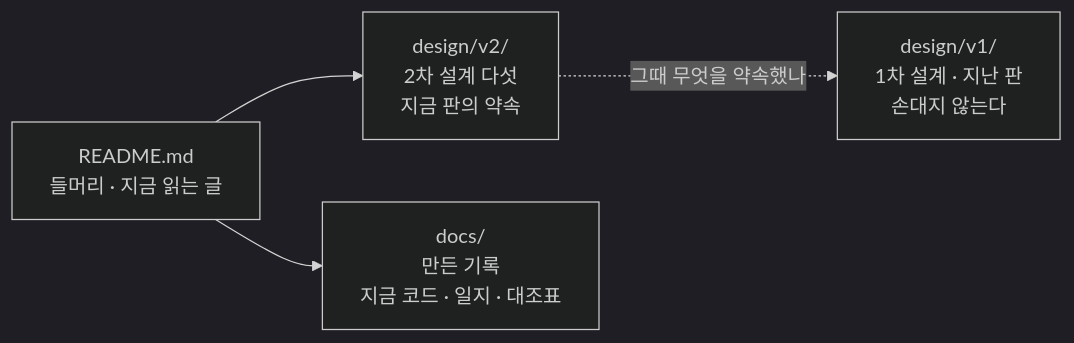
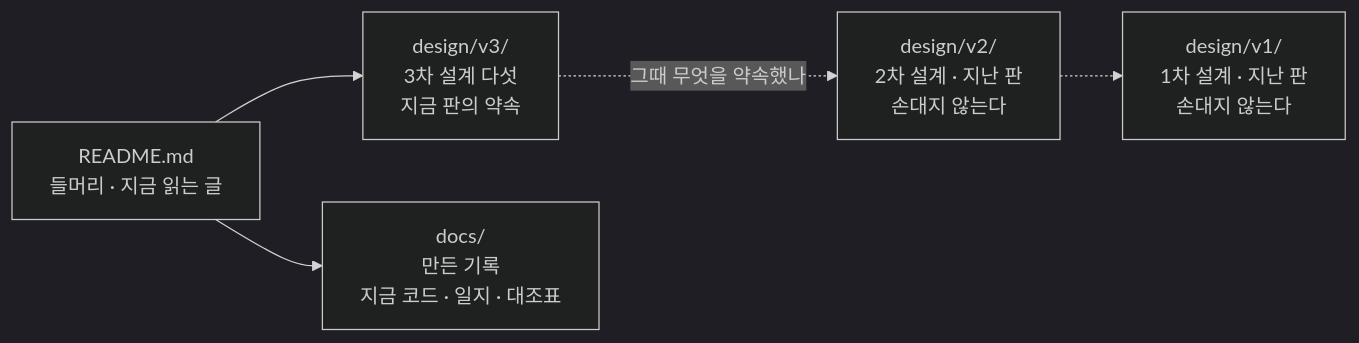
Diagram 13 of 13 in README.md (bjw202/prodev), drawn with Mermaid (dark theme) before and after one commit. The commit also changed other lines of this file and 16 other files, not shown here.

````diff
--- a/README.md
+++ b/README.md
@@ -606,6 +606,7 @@
 ```mermaid
 flowchart LR
-    R["README.md<br/>들머리 · 지금 읽는 글"] --> D2["design/v2/<br/>2차 설계 다섯<br/>지금 판의 약속"]
+    R["README.md<br/>들머리 · 지금 읽는 글"] --> D3["design/v3/<br/>3차 설계 다섯<br/>지금 판의 약속"]
     R --> G["docs/<br/>만든 기록<br/>지금 코드 · 일지 · 대조표"]
-    D2 -.->|"그때 무엇을 약속했나"| D["design/v1/<br/>1차 설계 · 지난 판<br/>손대지 않는다"]
+    D3 -.->|"그때 무엇을 약속했나"| D2["design/v2/<br/>2차 설계 · 지난 판<br/>손대지 않는다"]
+    D2 -.-> D["design/v1/<br/>1차 설계 · 지난 판<br/>손대지 않는다"]
 ```
````
